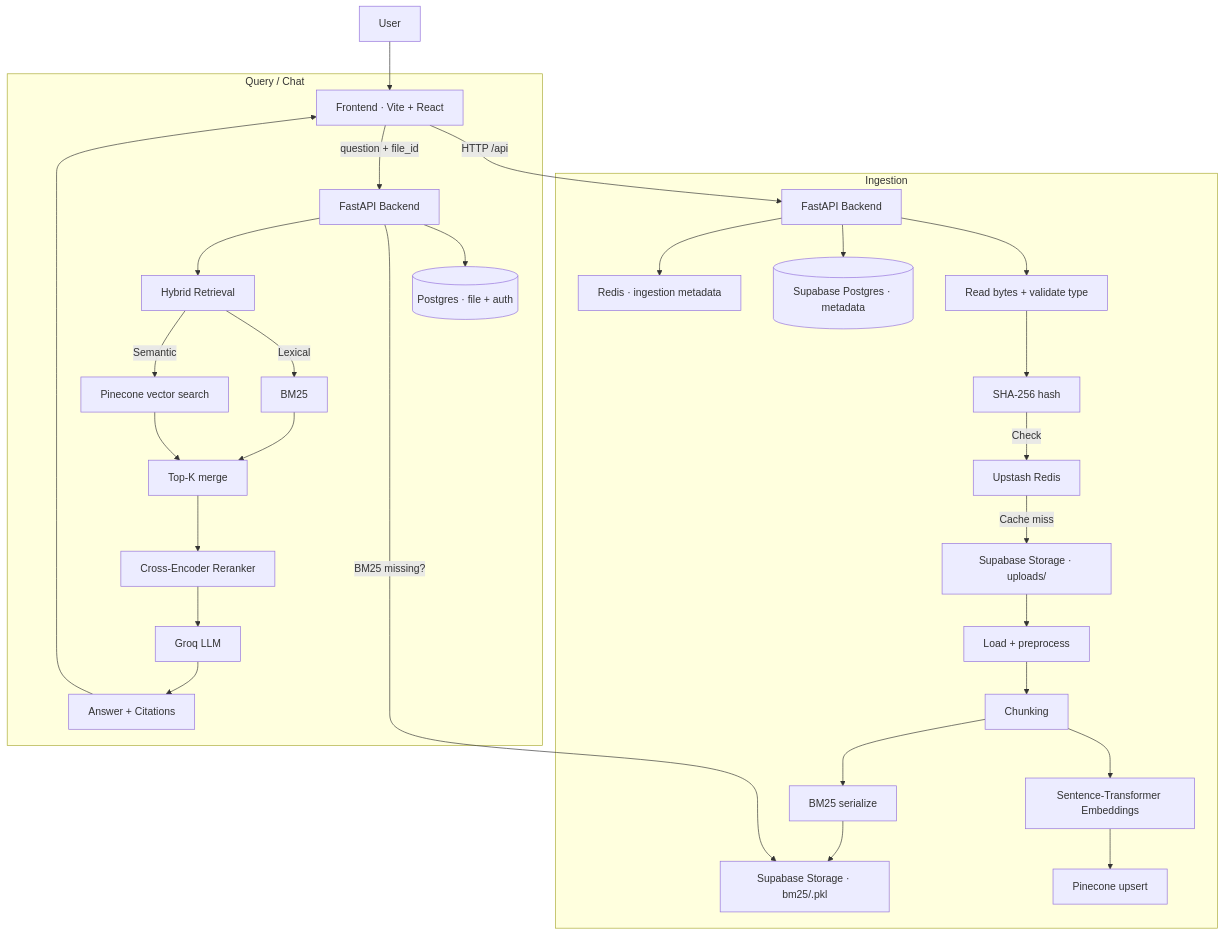
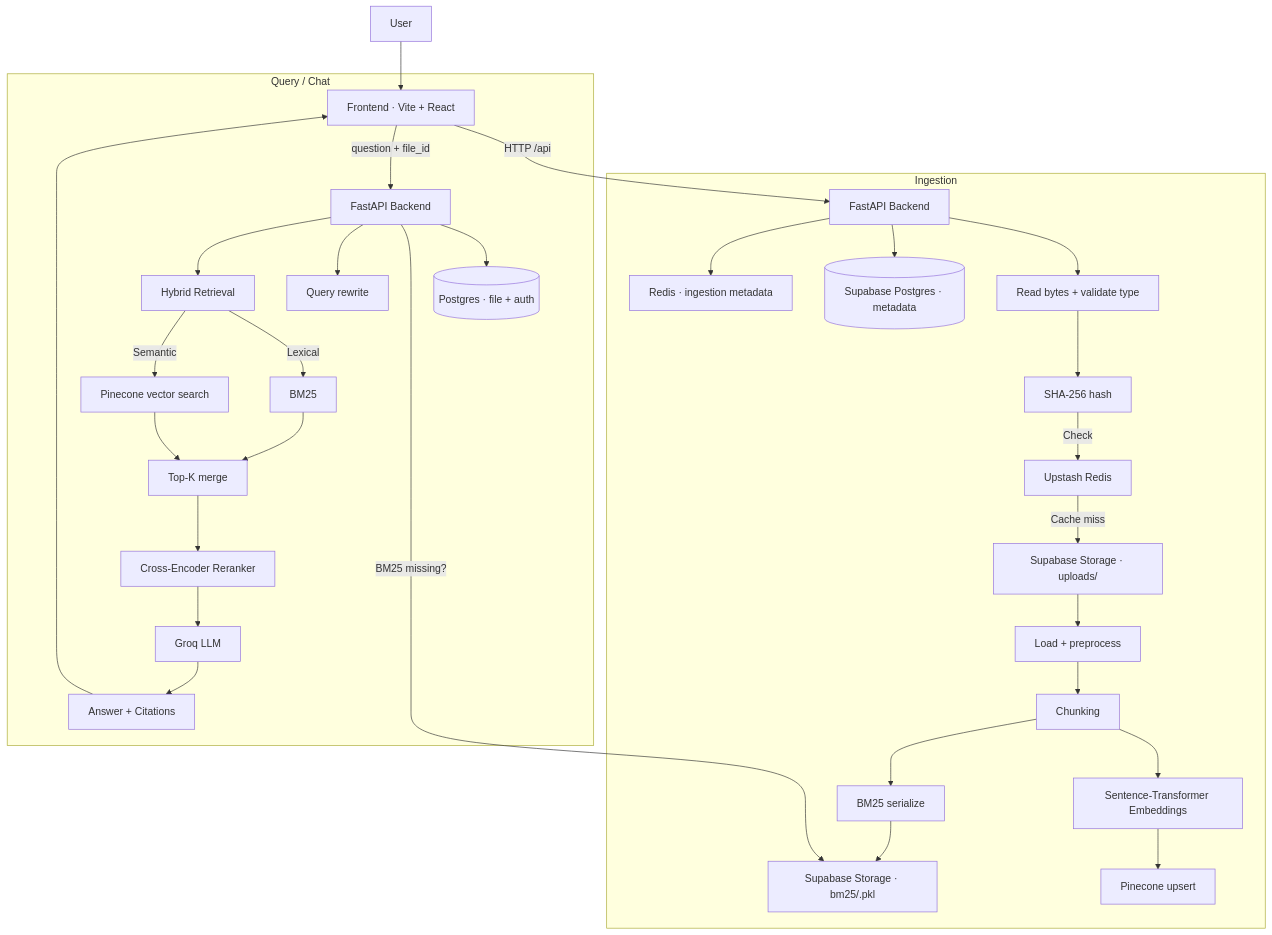
The diagram in README.md (hetbabariya/AdvanceRAG), drawn with Mermaid before and after one commit. The commit also changed other lines of this file and 3 other files, not shown here.

````diff
--- a/README.md
+++ b/README.md
@@ -55,35 +70,36 @@
 ```mermaid
 flowchart TD
   U[User] --> FE[Frontend · Vite + React]
   FE -->|HTTP /api| BE[FastAPI Backend]
 
   subgraph ING[Ingestion]
     BE --> F1[Read bytes + validate type]
     F1 --> H[SHA-256 hash]
     H -->|Check| R1[Upstash Redis]
     R1 -->|Cache miss| SS1[Supabase Storage · uploads/]
     SS1 --> L[Load + preprocess]
     L --> C[Chunking]
     C --> E[Sentence-Transformer Embeddings]
     E --> P[Pinecone upsert]
     C --> B[BM25 serialize]
     B --> SS2[Supabase Storage · bm25/<hash>.pkl]
     BE --> DB[(Supabase Postgres · metadata)]
     BE --> R2[Redis · ingestion metadata]
   end
 
   subgraph QA[Query / Chat]
     FE -->|question + file_id| BE2[FastAPI Backend]
     BE2 --> DB2[(Postgres · file + auth)]
     BE2 -->|BM25 missing?| SS2
+    BE2 --> RW[Query rewrite]
     BE2 --> HY[Hybrid Retrieval]
     HY -->|Lexical| BM[BM25]
     HY -->|Semantic| VS[Pinecone vector search]
     BM --> K[Top-K merge]
     VS --> K
     K --> RR[Cross-Encoder Reranker]
     RR --> LLM[Groq LLM]
     LLM --> OUT[Answer + Citations]
     OUT --> FE
   end
 ```
````
